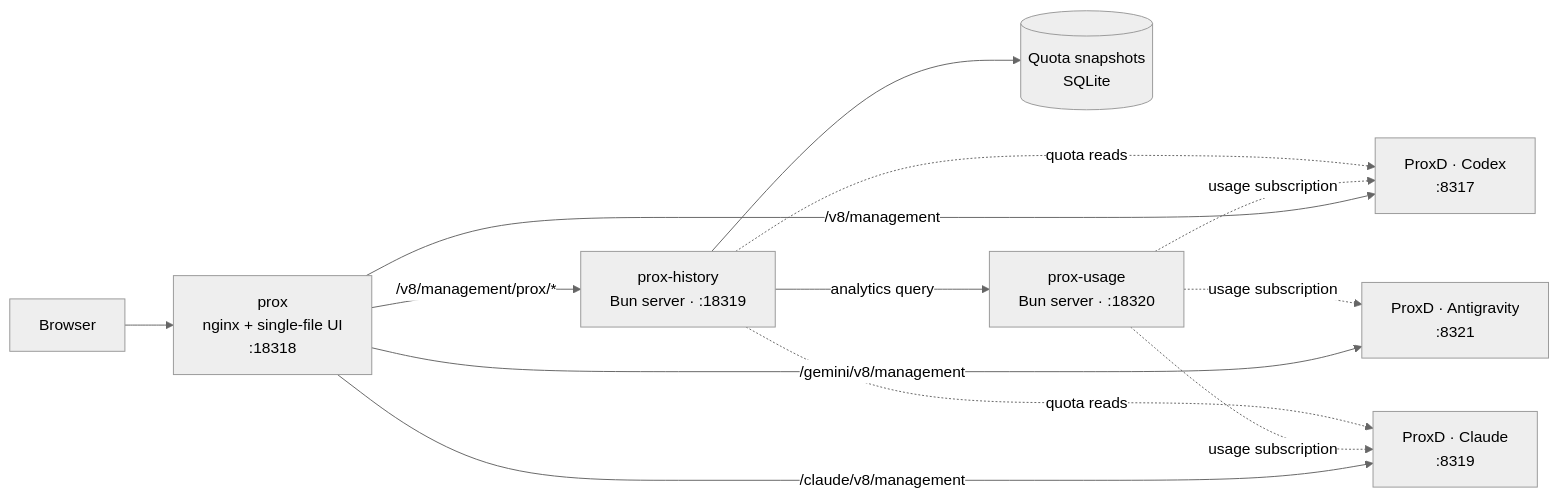
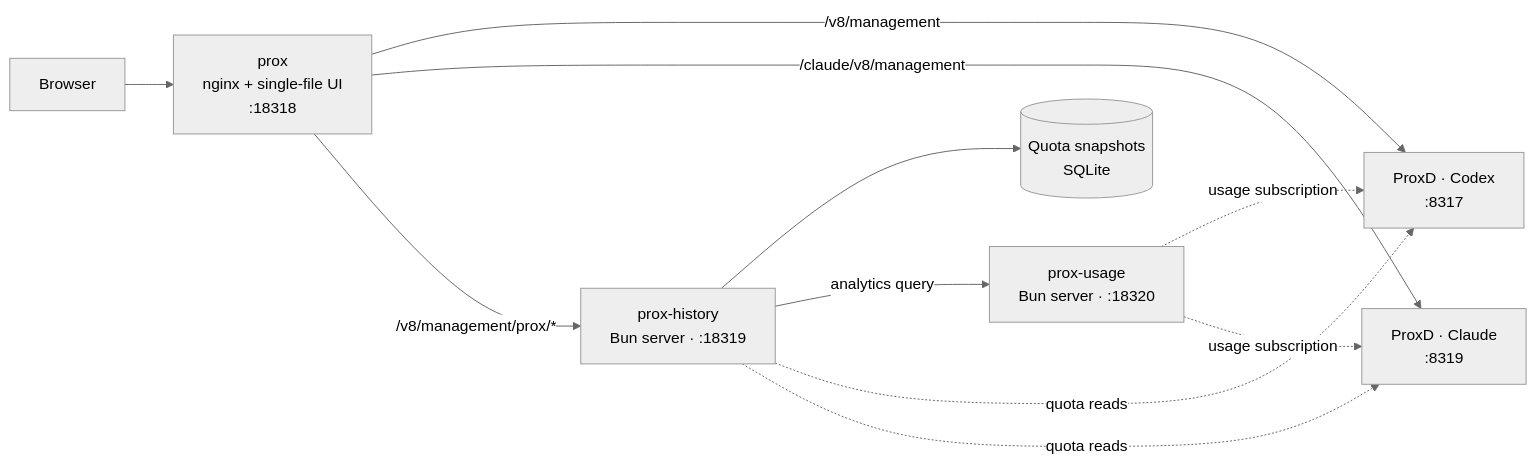
One commit to SwiggitySwerve/ProxUI changed the diagram in README.md. Above: the diagram before and after it, drawn with Mermaid (neutral theme). The commit also changed 8 other files, not shown here.

First line of the commit message:
chore(sources): take the Gemini hub out of Prox for good; keep its history

````diff
--- a/README.md
+++ b/README.md
@@ -71,12 +71,11 @@
 ```mermaid
 flowchart LR
   B[Browser] --> P["prox<br/>nginx + single-file UI<br/>:18318"]
   P -->|"/v8/management"| X["ProxD · Codex<br/>:8317"]
   P -->|"/claude/v8/management"| C["ProxD · Claude<br/>:8319"]
-  P -->|"/gemini/v8/management"| G["ProxD · Antigravity<br/>:8321"]
   P -->|"/v8/management/prox/*"| H["prox-history<br/>Bun server · :18319"]
   H --> Q[("Quota snapshots<br/>SQLite")]
   H -->|"analytics query"| U["prox-usage<br/>Bun server · :18320"]
-  U -.->|"usage subscription"| X & C & G
+  U -.->|"usage subscription"| X & C
   H -.->|"quota reads"| X & C
 ```
````
